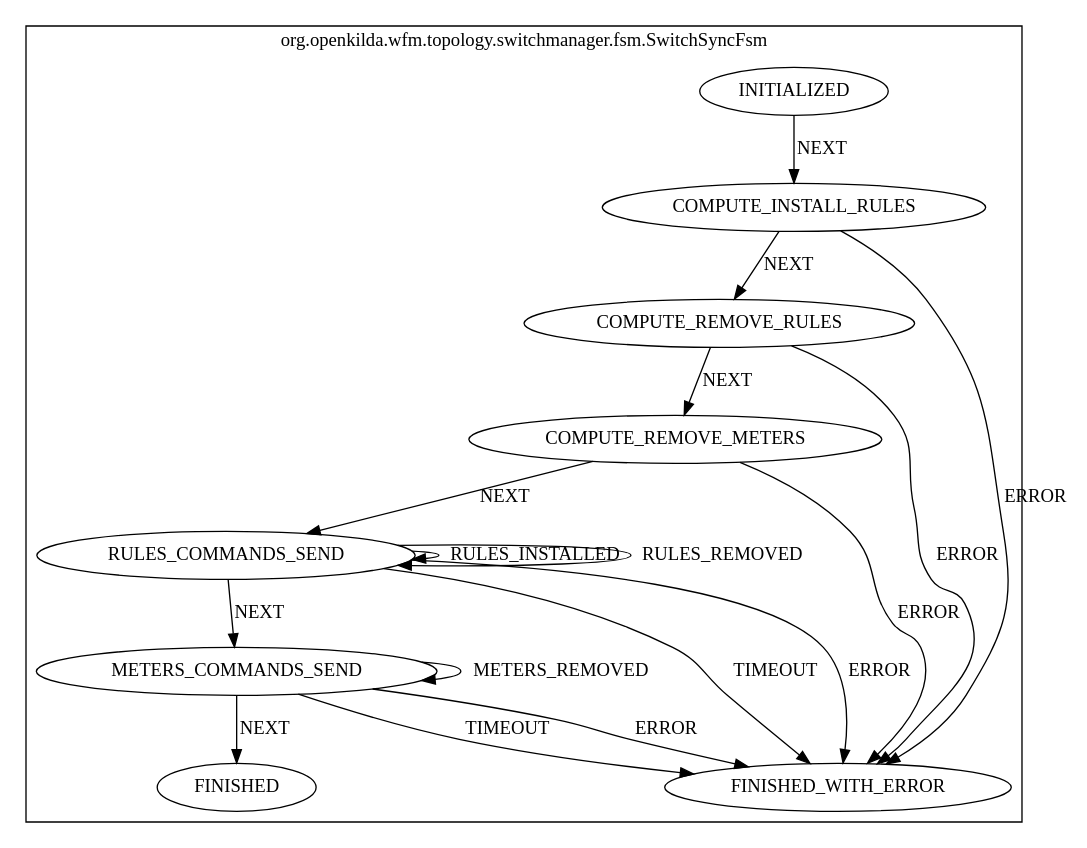
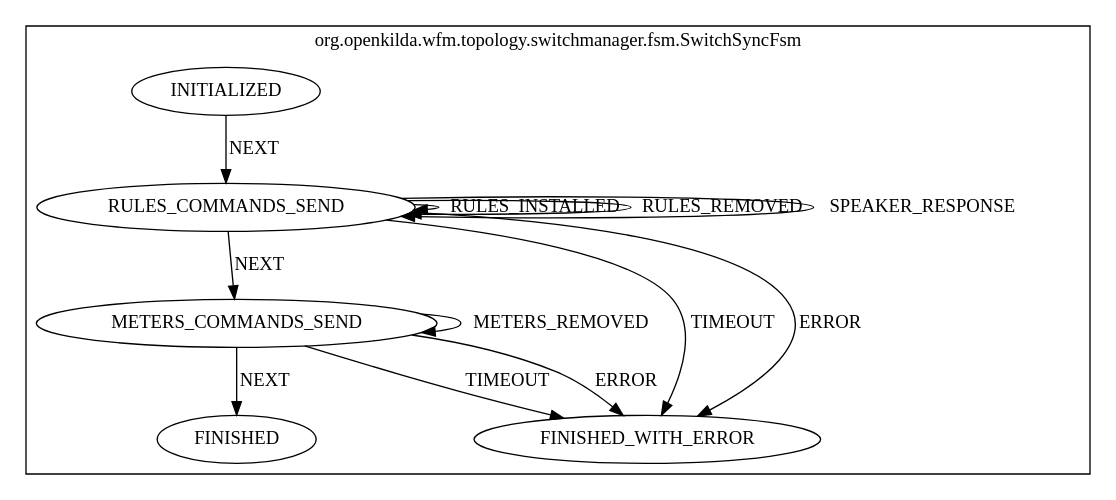
Before and after one commit to telstra/open-kilda: the diagram in docs/design/hub-and-spoke/switch-sync/switch-sync-fsm.dot, drawn with Graphviz. The commit also changed 241 other files, not shown here.

First line of the commit message:
Introducing flow with 2 levels of VLAN tagging on endpoints

```diff
--- a/docs/design/hub-and-spoke/switch-sync/switch-sync-fsm.dot
+++ b/docs/design/hub-and-spoke/switch-sync/switch-sync-fsm.dot
@@ -1,29 +1,21 @@
 digraph {
 compound=true;
 subgraph cluster_StateMachine {
 label="org.openkilda.wfm.topology.switchmanager.fsm.SwitchSyncFsm";
-COMPUTE_INSTALL_RULES [label="COMPUTE_INSTALL_RULES"];
 RULES_COMMANDS_SEND [label="RULES_COMMANDS_SEND"];
-COMPUTE_REMOVE_METERS [label="COMPUTE_REMOVE_METERS"];
-COMPUTE_REMOVE_RULES [label="COMPUTE_REMOVE_RULES"];
 METERS_COMMANDS_SEND [label="METERS_COMMANDS_SEND"];
 FINISHED [label="FINISHED"];
 INITIALIZED [label="INITIALIZED"];
 FINISHED_WITH_ERROR [label="FINISHED_WITH_ERROR"];
 
-COMPUTE_INSTALL_RULES -> FINISHED_WITH_ERROR [ label="ERROR"];
-COMPUTE_INSTALL_RULES -> COMPUTE_REMOVE_RULES [ label="NEXT"];
 RULES_COMMANDS_SEND -> RULES_COMMANDS_SEND [ label="RULES_INSTALLED"];
 RULES_COMMANDS_SEND -> RULES_COMMANDS_SEND [ label="RULES_REMOVED"];
+RULES_COMMANDS_SEND -> RULES_COMMANDS_SEND [ label="SPEAKER_RESPONSE"];
 RULES_COMMANDS_SEND -> FINISHED_WITH_ERROR [ label="TIMEOUT"];
 RULES_COMMANDS_SEND -> FINISHED_WITH_ERROR [ label="ERROR"];
 RULES_COMMANDS_SEND -> METERS_COMMANDS_SEND [ label="NEXT"];
-COMPUTE_REMOVE_METERS -> FINISHED_WITH_ERROR [ label="ERROR"];
-COMPUTE_REMOVE_METERS -> RULES_COMMANDS_SEND [ label="NEXT"];
-COMPUTE_REMOVE_RULES -> FINISHED_WITH_ERROR [ label="ERROR"];
-COMPUTE_REMOVE_RULES -> COMPUTE_REMOVE_METERS [ label="NEXT"];
 METERS_COMMANDS_SEND -> METERS_COMMANDS_SEND [ label="METERS_REMOVED"];
 METERS_COMMANDS_SEND -> FINISHED_WITH_ERROR [ label="TIMEOUT"];
 METERS_COMMANDS_SEND -> FINISHED_WITH_ERROR [ label="ERROR"];
 METERS_COMMANDS_SEND -> FINISHED [ label="NEXT"];
-INITIALIZED -> COMPUTE_INSTALL_RULES [ label="NEXT"];}}
+INITIALIZED -> RULES_COMMANDS_SEND [ label="NEXT"];}}
```
